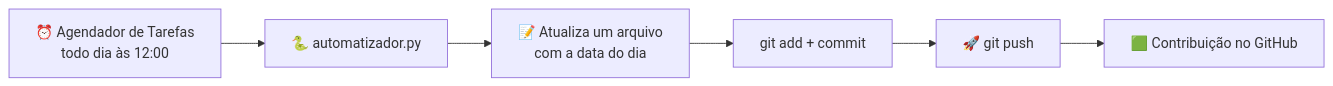
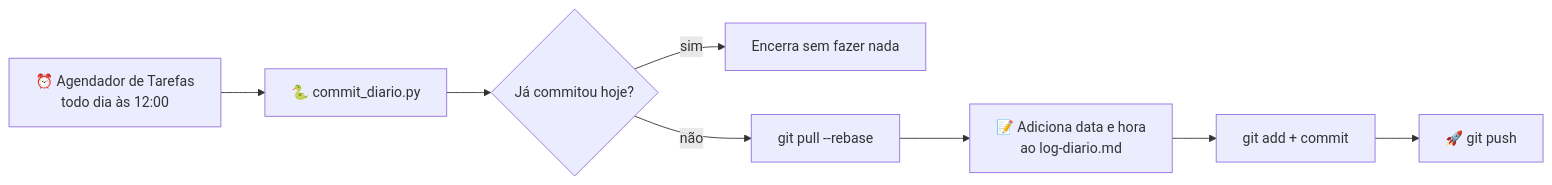
One commit to CrystianSantos/Commit-Diario changed the diagram in README.md. Above: the diagram before and after it, drawn with Mermaid. The commit also changed other lines of this file, not shown here.

````diff
--- a/README.md
+++ b/README.md
@@ -31,8 +35,10 @@
 ```mermaid
 flowchart LR
-    A[⏰ Agendador de Tarefas<br/>todo dia às 12:00] --> B[🐍 automatizador.py]
-    B --> C[📝 Atualiza um arquivo<br/>com a data do dia]
-    C --> D[git add + commit]
-    D --> E[🚀 git push]
-    E --> F[🟩 Contribuição no GitHub]
+    A[⏰ Agendador de Tarefas<br/>todo dia às 12:00] --> B[🐍 commit_diario.py]
+    B --> C{Já commitou hoje?}
+    C -- sim --> H[Encerra sem fazer nada]
+    C -- não --> D[git pull --rebase]
+    D --> E[📝 Adiciona data e hora<br/>ao log-diario.md]
+    E --> F[git add + commit]
+    F --> G[🚀 git push]
 ```
````
